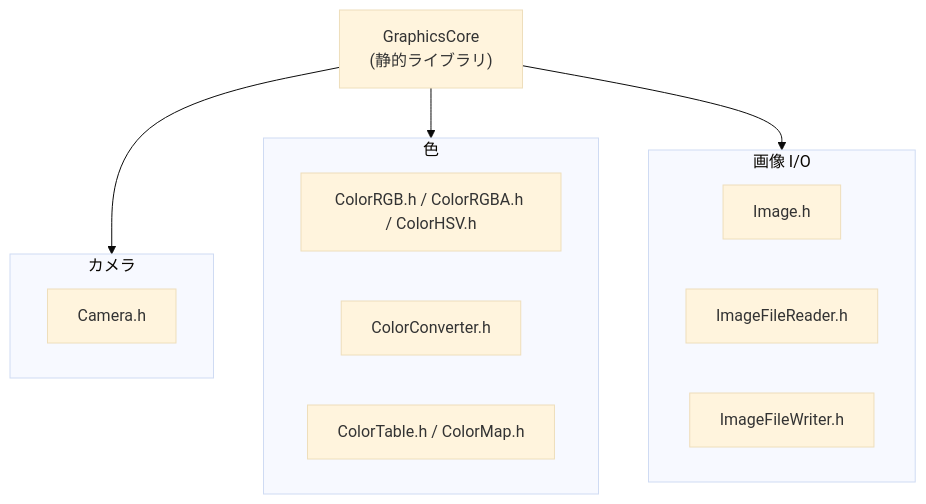
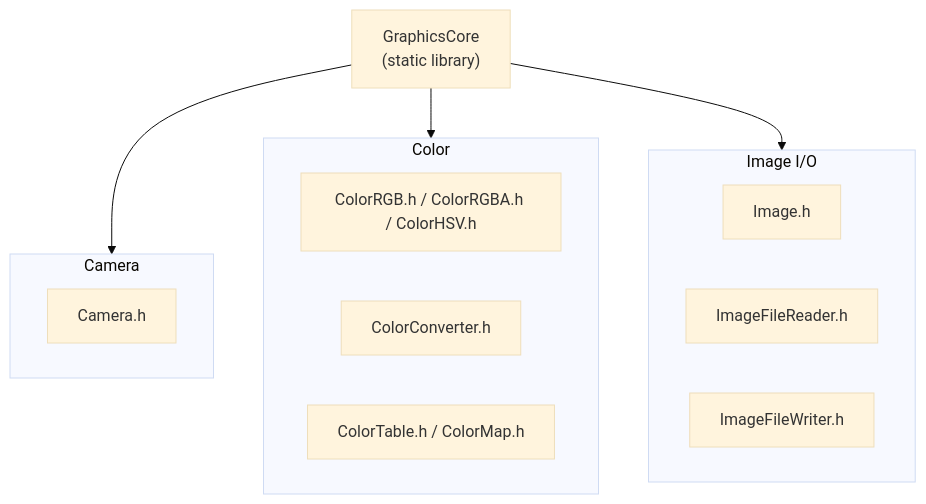
Before and after one commit to PhantomGraphics/CGLib: the diagram in Graphics/readme.md, drawn with Mermaid (base theme). The commit also changed other lines of this file and 9 other files, not shown here.

````diff
--- a/Graphics/readme.md
+++ b/Graphics/readme.md
@@ -6,24 +7,24 @@
 ```mermaid
 flowchart TB
-    A["GraphicsCore\n(静的ライブラリ)"]
+    A["GraphicsCore\n(static library)"]
 
-    subgraph HC[カメラ]
+    subgraph HC[Camera]
         HC1[Camera.h]
     end
 
-    subgraph HColor[色]
+    subgraph HColor[Color]
         HColor1[ColorRGB.h / ColorRGBA.h / ColorHSV.h]
         HColor2[ColorConverter.h]
         HColor3[ColorTable.h / ColorMap.h]
     end
 
-    subgraph HI[画像 I/O]
+    subgraph HI[Image I/O]
         HI1[Image.h]
         HI2[ImageFileReader.h]
         HI3[ImageFileWriter.h]
     end
 
     A --> HC
     A --> HColor
     A --> HI
 ```
````
